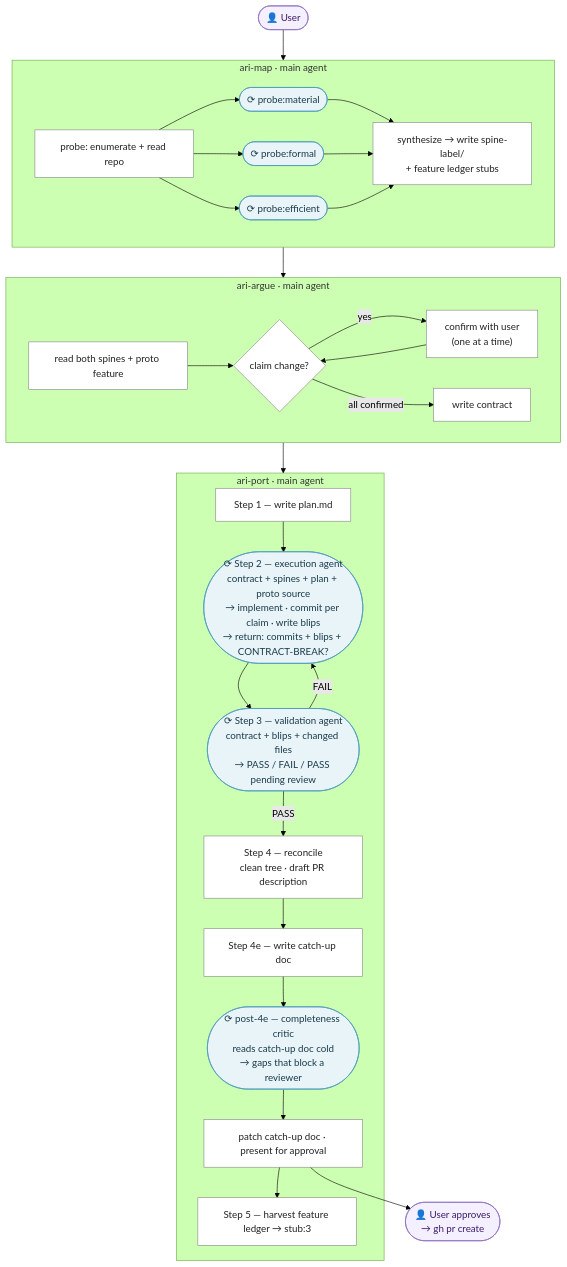
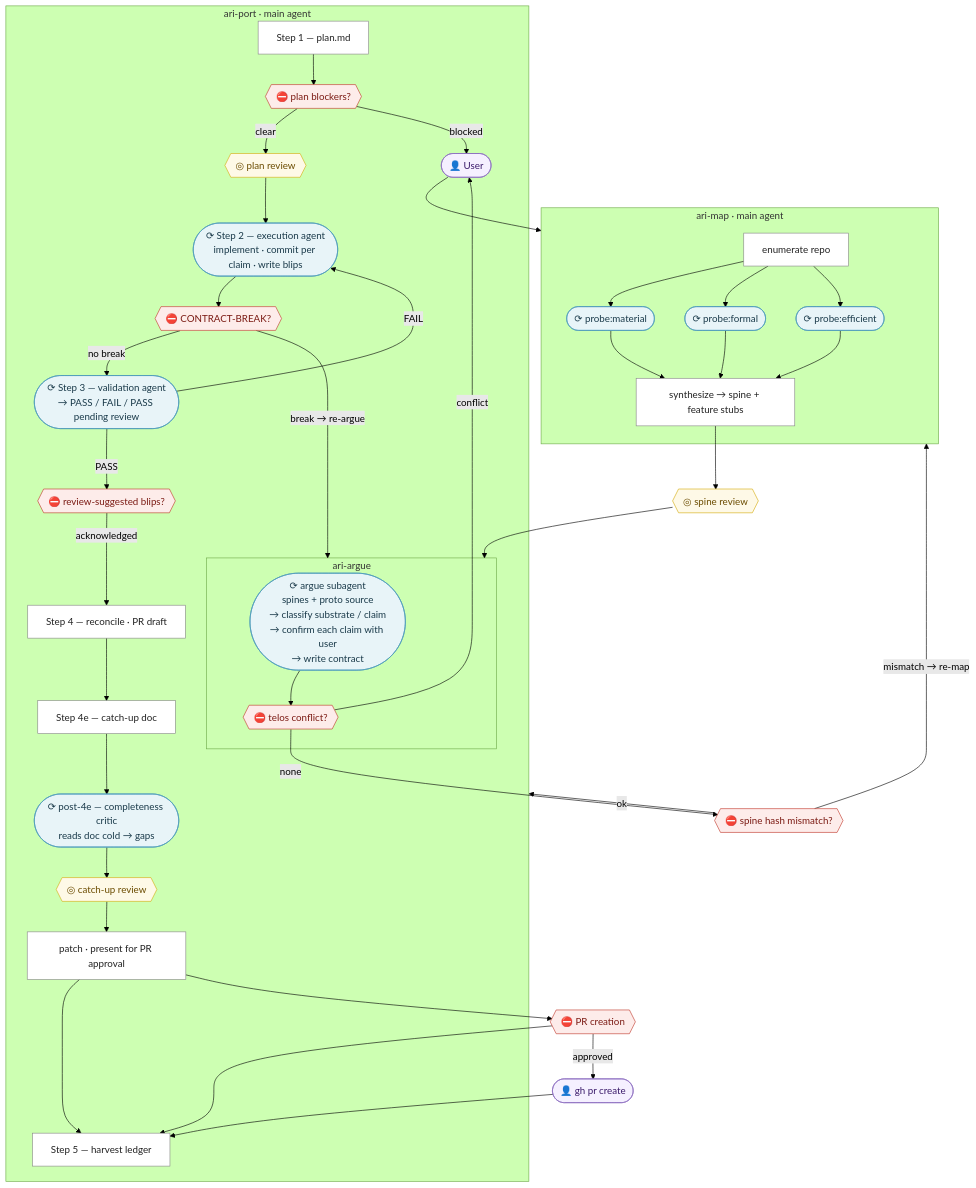
The diagram in README.md (wmorgus/anima-lite), drawn with Mermaid (forest theme) before and after one commit. The commit also changed other lines of this file, not shown here.

Commit message:
docs(readme): update flow diagram — argue subagent + human gates

````diff
--- a/README.md
+++ b/README.md
@@ -33,55 +33,72 @@
 ```mermaid
 flowchart TD
     USER(["👤 User"]) --> ARIMAP
 
     subgraph ARIMAP["ari-map  ·  main agent"]
-        AM1["probe: enumerate + read repo"]
+        AM1["enumerate repo"]
         AM2(["⟳ probe:material"])
         AM3(["⟳ probe:formal"])
         AM4(["⟳ probe:efficient"])
-        AM5["synthesize → write spine-label/\n+ feature ledger stubs"]
-
-        AM1 --> AM2 & AM3 & AM4
-        AM2 & AM3 & AM4 --> AM5
+        AM5["synthesize → spine + feature stubs"]
+        AM1 --> AM2 & AM3 & AM4 --> AM5
     end
 
-    ARIMAP --> ARIARGUE
+    AM5 --> OPT1{{"◎ spine review"}}
+    OPT1 --> ARIARGUE
 
-    subgraph ARIARGUE["ari-argue  ·  main agent"]
-        AA1["read both spines + proto feature"]
-        AA2{"claim change?"}
-        AA3["confirm with user\n(one at a time)"]
-        AA4["write contract"]
-
-        AA1 --> AA2
-        AA2 -- yes --> AA3 --> AA2
-        AA2 -- all confirmed --> AA4
+    subgraph ARIARGUE["ari-argue"]
+        AA(["⟳ argue subagent\nspines + proto source\n→ classify substrate / claim\n→ confirm each claim with user\n→ write contract"])
+        TELOS{{"⛔ telos conflict?"}}
+        AA --> TELOS
     end
 
-    ARIARGUE --> ARIPORT
+    TELOS -- none --> HASHCHECK
+    TELOS -- conflict --> USER
+
+    HASHCHECK{{"⛔ spine hash mismatch?"}}
+    HASHCHECK -- ok --> ARIPORT
+    HASHCHECK -- mismatch → re-map --> ARIMAP
 
     subgraph ARIPORT["ari-port  ·  main agent"]
-        AP1["Step 1 — write plan.md"]
-        AP2(["⟳ Step 2 — execution agent\ncontract + spines + plan + proto source\n→ implement · commit per claim · write blips\n→ return: commits + blips + CONTRACT-BREAK?"])
-        AP3(["⟳ Step 3 — validation agent\ncontract + blips + changed files\n→ PASS / FAIL / PASS pending review"])
-        AP4["Step 4 — reconcile\nclean tree · draft PR description"]
-        AP5["Step 4e — write catch-up doc"]
-        AP6(["⟳ post-4e — completeness critic\nreads catch-up doc cold\n→ gaps that block a reviewer"])
-        AP7["patch catch-up doc · present for approval"]
-        AP8["Step 5 — harvest feature ledger → stub:3"]
+        AP1["Step 1 — plan.md"]
+        BLOCKER{{"⛔ plan blockers?"}}
+        OPT2{{"◎ plan review"}}
+        AP2(["⟳ Step 2 — execution agent\nimplement · commit per claim · write blips"])
+        BREAK{{"⛔ CONTRACT-BREAK?"}}
+        AP3(["⟳ Step 3 — validation agent\n→ PASS / FAIL / PASS pending review"])
+        BLIPS{{"⛔ review-suggested blips?"}}
+        AP4["Step 4 — reconcile · PR draft"]
+        AP5["Step 4e — catch-up doc"]
+        AP6(["⟳ post-4e — completeness critic\nreads doc cold → gaps"])
+        OPT3{{"◎ catch-up review"}}
+        AP7["patch · present for PR approval"]
+        AP8["Step 5 — harvest ledger"]
 
-        AP1 --> AP2 --> AP3
+        AP1 --> BLOCKER
+        BLOCKER -- clear --> OPT2 --> AP2
+        BLOCKER -- blocked --> USER
+        AP2 --> BREAK
+        BREAK -- no break --> AP3
+        BREAK -- break → re-argue --> ARIARGUE
         AP3 -- FAIL --> AP2
-        AP3 -- PASS --> AP4 --> AP5 --> AP6 --> AP7 --> AP8
+        AP3 -- PASS --> BLIPS
+        BLIPS -- acknowledged --> AP4
+        AP4 --> AP5 --> AP6 --> OPT3 --> AP7 --> AP8
     end
 
-    AP7 --> USERAPPROVE(["👤 User approves\n→ gh pr create"])
+    AP7 --> PRGATE{{"⛔ PR creation"}}
+    PRGATE -- approved --> GH(["👤 gh pr create"])
+    PRGATE & GH --> AP8
 
-    classDef sub fill:#e8f4f8,stroke:#4a9aba,color:#1a3a4a
-    classDef main fill:#fff,stroke:#888,color:#222
-    classDef user fill:#f5f0ff,stroke:#8b6bbf,color:#3a1a6a
+    classDef sub   fill:#e8f4f8,stroke:#4a9aba,color:#1a3a4a
+    classDef main  fill:#fff,stroke:#888,color:#222
+    classDef user  fill:#f5f0ff,stroke:#8b6bbf,color:#3a1a6a
+    classDef req   fill:#fdecea,stroke:#c0392b,color:#7b1a13
+    classDef opt   fill:#fef9e7,stroke:#d4ac0d,color:#6b4c00
 
-    class AM2,AM3,AM4,AP2,AP3,AP6 sub
-    class AM1,AM5,AA1,AA2,AA3,AA4,AP1,AP4,AP5,AP7,AP8 main
-    class USER,USERAPPROVE user
+    class AM2,AM3,AM4,AA,AP2,AP3,AP6 sub
+    class AM1,AM5,AP1,AP4,AP5,AP7,AP8 main
+    class USER,GH user
+    class TELOS,HASHCHECK,BLOCKER,BREAK,BLIPS,PRGATE req
+    class OPT1,OPT2,OPT3 opt
 ```
````
